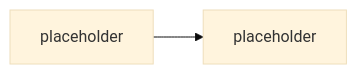
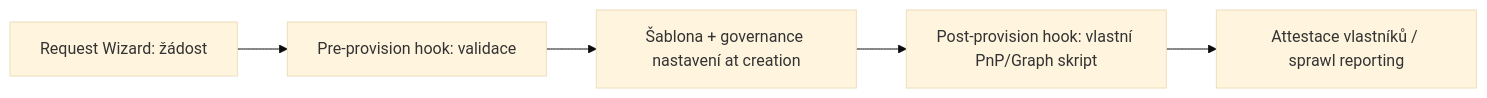
One commit to MalasekPetr/gopas-goc223 changed the diagram in day-3/orchestry-integration/README.md. Above: the diagram before and after it, drawn with Mermaid (base theme). The commit also changed other lines of this file and 8 other files, not shown here.

````diff
--- a/day-3/orchestry-integration/README.md
+++ b/day-3/orchestry-integration/README.md
@@ -21,5 +36,7 @@
 ```mermaid
-%% TODO: diagram — request center -> pre-provision hook -> provisioning -> post-provision hook -> governance artefakty
 flowchart LR
-  A[placeholder] --> B[placeholder]
+  A[Request Wizard: žádost] --> B[Pre-provision hook: validace]
+  B --> C[Šablona + governance nastavení at creation]
+  C --> D[Post-provision hook: vlastní PnP/Graph skript]
+  D --> E[Attestace vlastníků / sprawl reporting]
 ```
````
